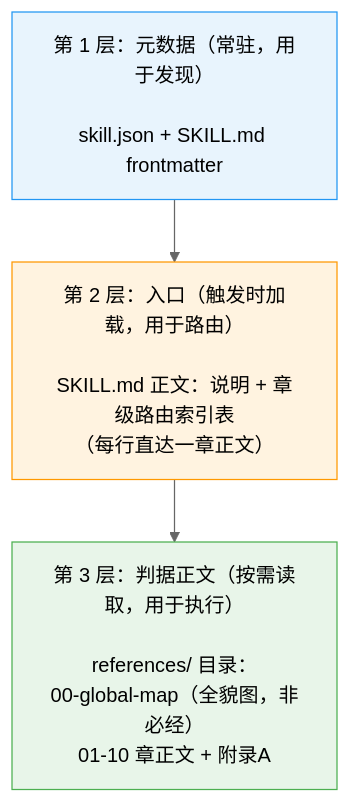
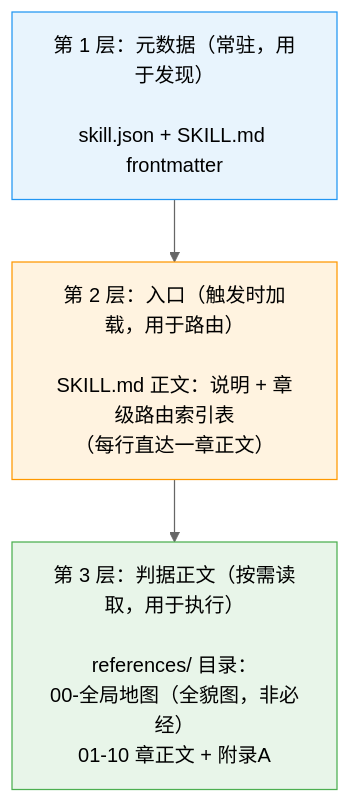
The first of 6 diagrams in docs/01-项目结构与流程图.md (LPK3215/agent-acceptance), drawn with Mermaid (neutral theme) before and after one commit. The commit also changed other lines of this file and 20 other files, not shown here.

Commit message:
docs: 00 全局地图文件更名中文（00-全局地图.md），全库索引与 verify 同步

````diff
--- a/docs/01-项目结构与流程图.md
+++ b/docs/01-项目结构与流程图.md
@@ -10,12 +10,12 @@
 ```mermaid
 graph TD
     L1["第 1 层：元数据（常驻，用于发现）<br/><br/>skill.json + SKILL.md frontmatter"]
     L2["第 2 层：入口（触发时加载，用于路由）<br/><br/>SKILL.md 正文：说明 + 章级路由索引表<br/>（每行直达一章正文）"]
-    L3["第 3 层：判据正文（按需读取，用于执行）<br/><br/>references/ 目录：<br/>00-global-map（全貌图，非必经）<br/>01-10 章正文 + 附录A"]
+    L3["第 3 层：判据正文（按需读取，用于执行）<br/><br/>references/ 目录：<br/>00-全局地图（全貌图，非必经）<br/>01-10 章正文 + 附录A"]
 
     L1 --> L2 --> L3
 
     style L1 fill:#e8f4fd,stroke:#2196F3
     style L2 fill:#fff3e0,stroke:#FF9800
     style L3 fill:#e8f5e9,stroke:#4CAF50
 ```
````
